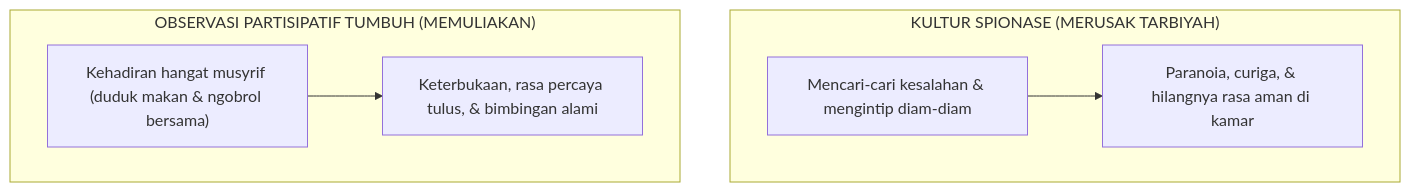
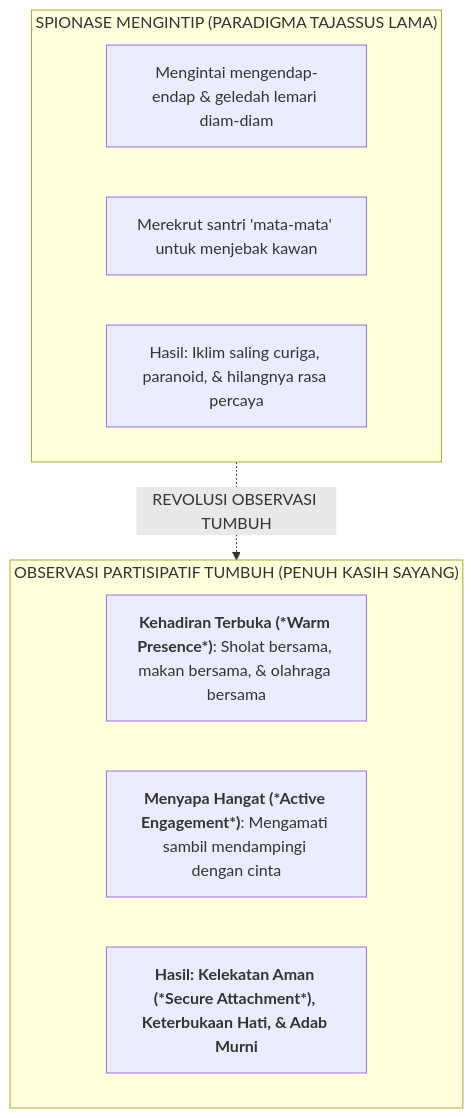
One commit to wandiapriliyandi/tumbuh changed the diagram in BOOK Series 2/Volume-03-Sistem-Asesmen-Perkembangan-Karakter/Bab-02-Observasi-Alami-dan-Logbook-Digital/01-Seni-Observasi-Partisipatif-Tanpa-Spionase.md. Above: the diagram before and after it, drawn with Mermaid. The commit also changed other lines of this file and 61 other files, not shown here.

````diff
--- a/BOOK Series 2/Volume-03-Sistem-Asesmen-Perkembangan-Karakter/Bab-02-Observasi-Alami-dan-Logbook-Digital/01-Seni-Observasi-Partisipatif-Tanpa-Spionase.md
+++ b/BOOK Series 2/Volume-03-Sistem-Asesmen-Perkembangan-Karakter/Bab-02-Observasi-Alami-dan-Logbook-Digital/01-Seni-Observasi-Partisipatif-Tanpa-Spionase.md
@@ -23,10 +21,16 @@
 ```mermaid
-graph TD
-    subgraph Spionase["KULTUR SPIONASE (MERUSAK TARBIYAH)"]
-        S1["Mencari-cari kesalahan & mengintip diam-diam"] --> S2["Paranoia, curiga, & hilangnya rasa aman di kamar"]
+flowchart TD
+    subgraph SpionaseToksik["SPIONASE MENGINTIP (PARADIGMA TAJASSUS LAMA)"]
+        T1["Mengintai mengendap-endap & geledah lemari diam-diam"]
+        T2["Merekrut santri 'mata-mata' untuk menjebak kawan"]
+        T3["Hasil: Iklim saling curiga, paranoid, & hilangnya rasa percaya"]
     end
 
-    subgraph Partisipatif["OBSERVASI PARTISIPATIF TUMBUH (MEMULIAKAN)"]
-        P1["Kehadiran hangat musyrif (duduk makan & ngobrol bersama)"] --> P2["Keterbukaan, rasa percaya tulus, & bimbingan alami"]
+    subgraph ObservasiPartisipatif["OBSERVASI PARTISIPATIF TUMBUH (PENUH KASIH SAYANG)"]
+        O1["<b>Kehadiran Terbuka (*Warm Presence*)</b>: Sholat bersama, makan bersama, & olahraga bersama"]
+        O2["<b>Menyapa Hangat (*Active Engagement*)</b>: Mengamati sambil mendampingi dengan cinta"]
+        O3["<b>Hasil: Kelekatan Aman (*Secure Attachment*), Keterbukaan Hati, & Adab Murni</b>"]
     end
+
+    SpionaseToksik -.->|REVOLUSI OBSERVASI TUMBUH| ObservasiPartisipatif
 ```
````
